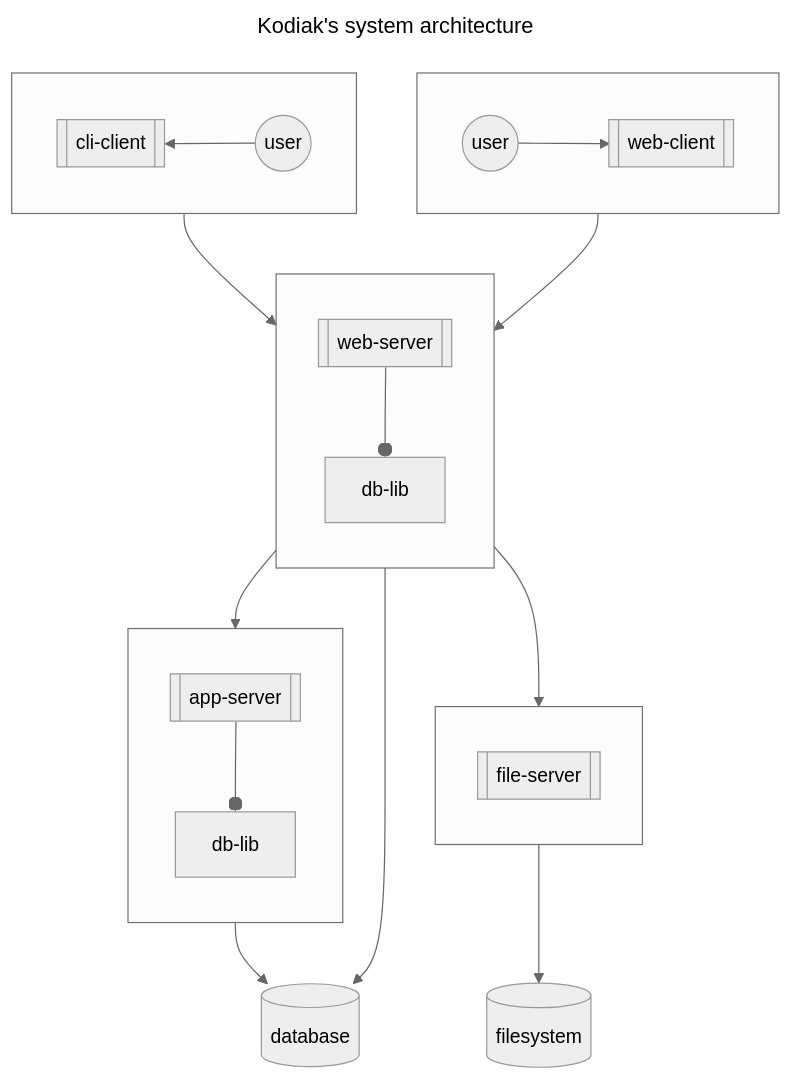
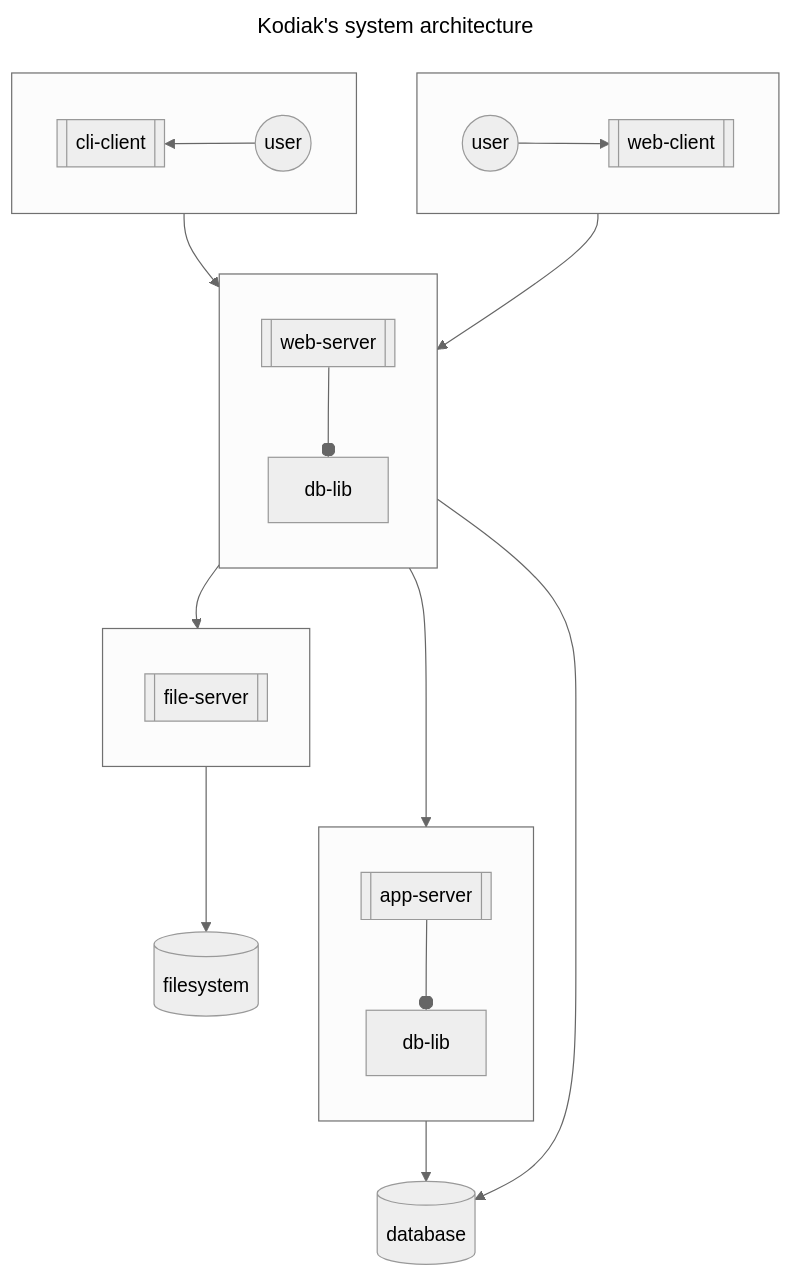
Before and after one commit to polarlabs/kodiak-diagrams: the first of 2 diagrams in SYSTEM-ARCHITECTURE.md, drawn with Mermaid (neutral theme).

````diff
--- a/SYSTEM-ARCHITECTURE.md
+++ b/SYSTEM-ARCHITECTURE.md
@@ -5,34 +5,36 @@
 ```mermaid
 ---
 title: Kodiak's system architecture
 ---
 flowchart TB
   direction TB
   subgraph user-web[ ]
     direction LR
     web-user((user)) --> web-client[[web-client]]
   end
   subgraph user-cli[ ]
     direction RL
     cli-user((user)) --> cli-client[[cli-client]]
   end
   subgraph file-server[ ]
     direction TB
     file-server.pro[[file-server]]
   end
   subgraph web-server[ ]
     direction TB
     web-server.pro[[web-server]] --o web-server.db-lib[db-lib]
   end
   subgraph app-server[ ]
     direction TB
     app-server.pro[[app-server]] --o app-server.db-lib[db-lib]
   end
+  file-server ~~~ web-server
   web-client --> web-server.pro
   cli-client --> web-server.pro
   web-server.pro --> file-server.pro
   web-server.pro --> app-server.pro
   file-server --> filesystem[(filesystem)]
   web-server --> database[(database)]
   app-server --> database[(database)]
+  filesystem ~~~ database
 ```
````
